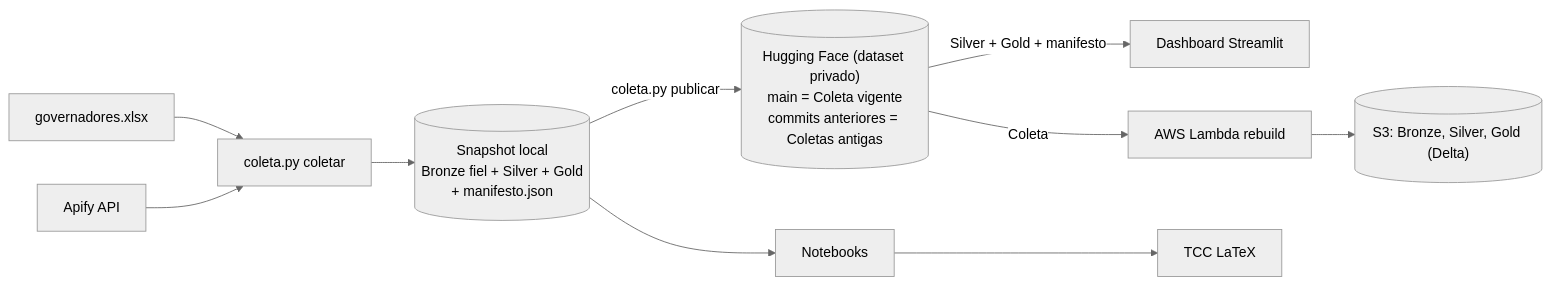
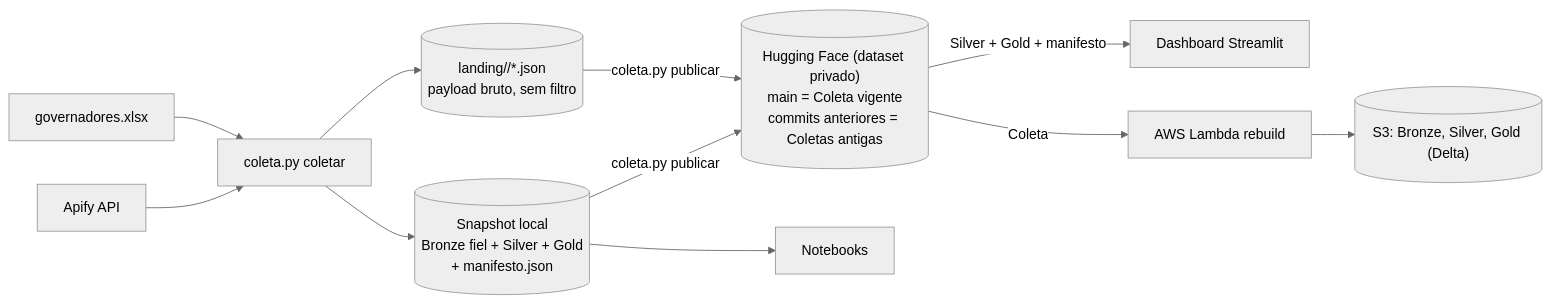
The first of 2 diagrams in README.md (Vini0606/Tecnicas-de-Ciencia-de-Dados-em-dados-do-Instagram), drawn with Mermaid (neutral theme) before and after one commit. The commit also changed other lines of this file, not shown here.

````diff
--- a/README.md
+++ b/README.md
@@ -189,12 +14,13 @@
 ```mermaid
 flowchart LR
     G[governadores.xlsx] --> C["coleta.py coletar"]
     A[Apify API] --> C
+    C --> L[("landing/<run_id>/*.json<br/>payload bruto, sem filtro")]
     C --> S[("Snapshot local<br/>Bronze fiel + Silver + Gold<br/>+ manifesto.json")]
     S -->|"coleta.py publicar"| H[("Hugging Face (dataset privado)<br/>main = Coleta vigente<br/>commits anteriores = Coletas antigas")]
+    L -->|"coleta.py publicar"| H
     H -->|"Silver + Gold + manifesto"| D[Dashboard Streamlit]
     H -->|"Coleta"| R["AWS Lambda rebuild"]
     R --> B[("S3: Bronze, Silver, Gold (Delta)")]
     S --> N[Notebooks]
-    N --> T[TCC LaTeX]
 ```
````
